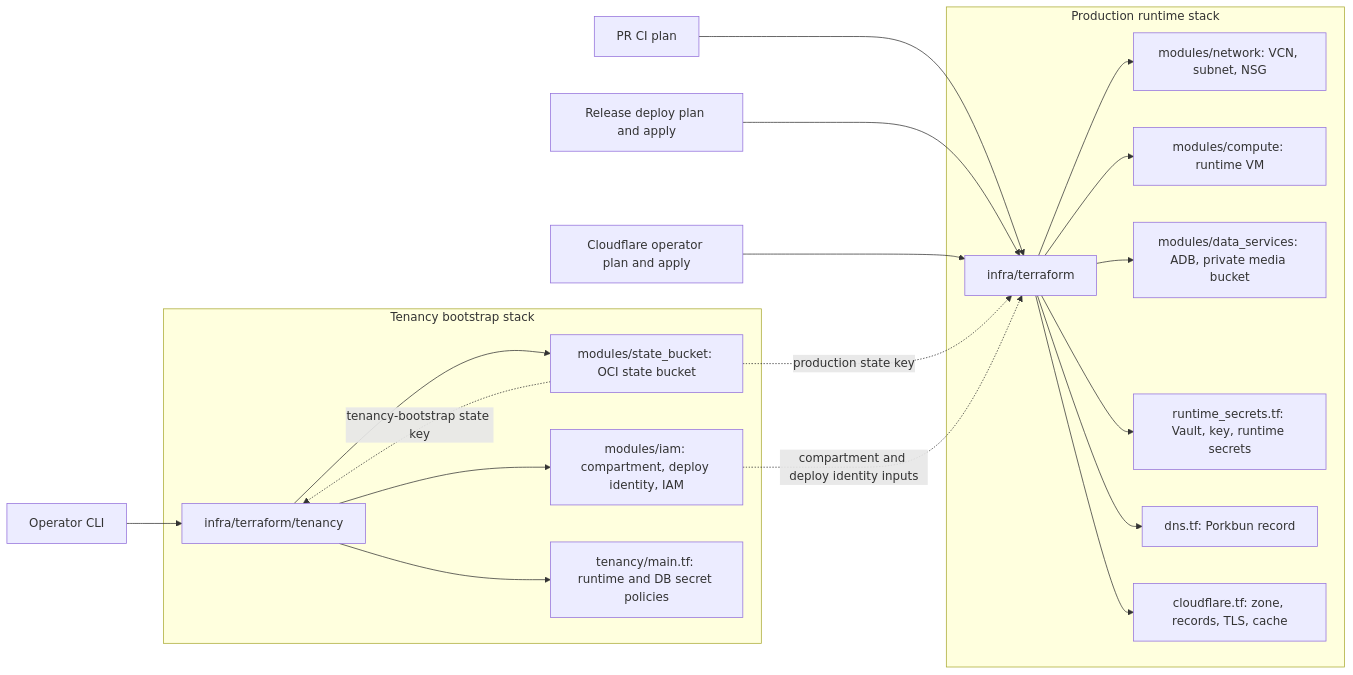
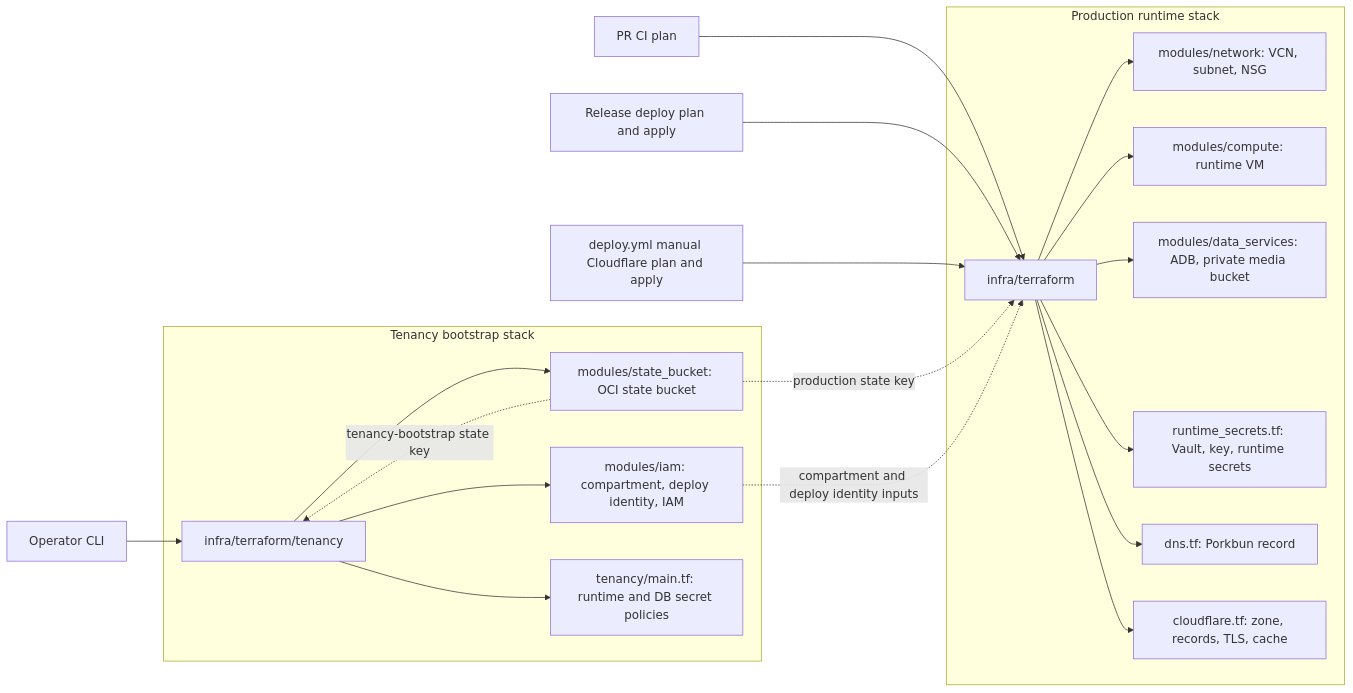
Before and after one commit to jetsaredim/autographs: the diagram in docs/iac-operational-review-findings.md, drawn with Mermaid. The commit also changed other lines of this file and 7 other files, not shown here.

Commit message:
fix: consolidate Cloudflare plans in release workflow (#359)

````diff
--- a/docs/iac-operational-review-findings.md
+++ b/docs/iac-operational-review-findings.md
@@ -28,28 +28,28 @@
 ```mermaid
 flowchart LR
   operator[Operator CLI] --> tenancy
   ci[PR CI plan] --> production
   deploy[Release deploy plan and apply] --> production
-  cloudflare_workflow[Cloudflare operator plan and apply] --> production
+  cloudflare_workflow[deploy.yml manual Cloudflare plan and apply] --> production
 
   subgraph tenancy_stack[Tenancy bootstrap stack]
     tenancy[infra/terraform/tenancy]
     tenancy --> iam[modules/iam: compartment, deploy identity, IAM]
     tenancy --> state_bucket[modules/state_bucket: OCI state bucket]
     tenancy --> tenancy_policies[tenancy/main.tf: runtime and DB secret policies]
   end
 
   subgraph production_stack[Production runtime stack]
     production[infra/terraform]
     production --> network[modules/network: VCN, subnet, NSG]
     production --> compute[modules/compute: runtime VM]
     production --> data_services[modules/data_services: ADB, private media bucket]
     production --> vault[runtime_secrets.tf: Vault, key, runtime secrets]
     production --> dns[dns.tf: Porkbun record]
     production --> cloudflare_resources[cloudflare.tf: zone, records, TLS, cache]
   end
 
   state_bucket -. tenancy-bootstrap state key .-> tenancy
   state_bucket -. production state key .-> production
   iam -. compartment and deploy identity inputs .-> production
 ```
````
